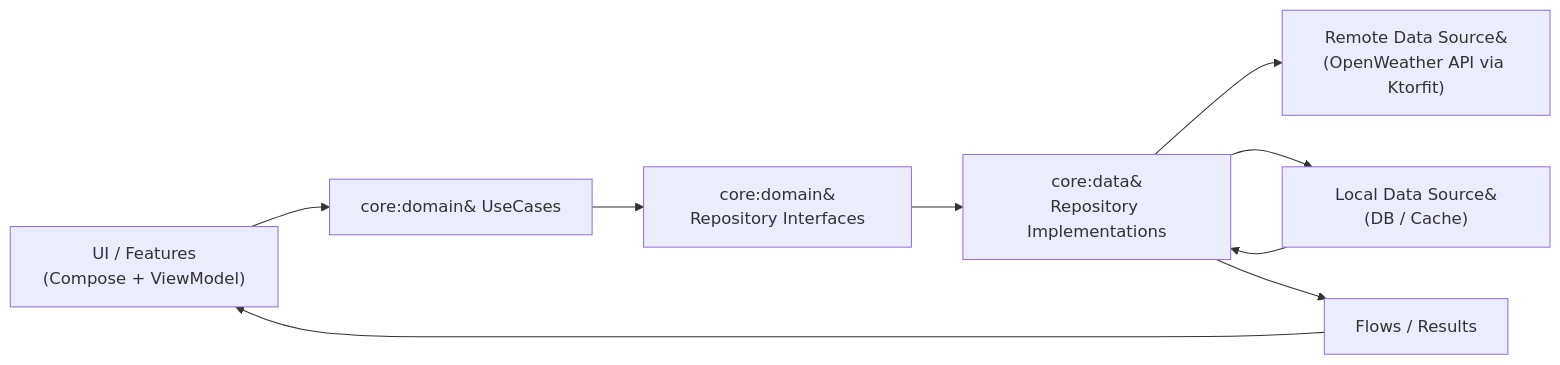
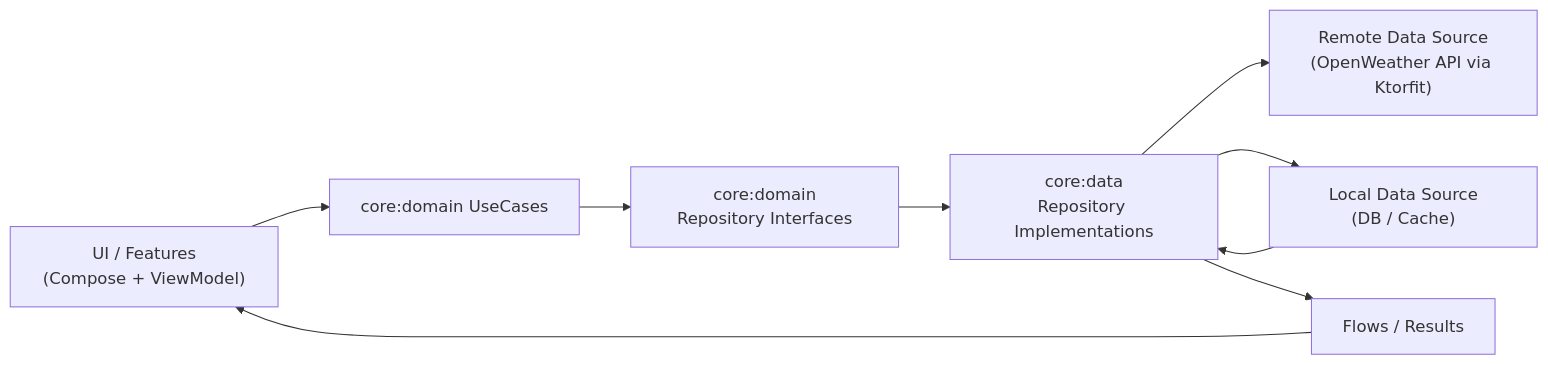
The second of 2 diagrams in README.md (pdepizarro/AppDemo), drawn with Mermaid before and after one commit.

Commit message:
Update README to improve mermaid diagram formatting and enhance clarity

````diff
--- a/README.md
+++ b/README.md
@@ -88,16 +88,16 @@
 ``` mermaid
 %%{init: {'flowchart': {'htmlLabels': false}}}%%
 flowchart LR
-    UI["UI / Features#10;(Compose + ViewModel)"] --> UseCases["core:domain&#10;UseCases"]
-    UseCases --> RepoInterface["core:domain&#10;Repository Interfaces"]
+    UI["UI / Features#10;(Compose + ViewModel)"] --> UseCases["core:domain#10;UseCases"]
+    UseCases --> RepoInterface["core:domain#10;Repository Interfaces"]
     
-    RepoInterface --> RepoImpl["core:data&#10;Repository Implementations"]
-    RepoImpl --> RemoteDS["Remote Data Source&#10;(OpenWeather API via Ktorfit)"]
-    RepoImpl --> LocalDS["Local Data Source&#10;(DB / Cache)"]
+    RepoInterface --> RepoImpl["core:data#10;Repository Implementations"]
+    RepoImpl --> RemoteDS["Remote Data Source#10;(OpenWeather API via Ktorfit)"]
+    RepoImpl --> LocalDS["Local Data Source#10;(DB / Cache)"]
 
     LocalDS --> RepoImpl
     RepoImpl --> FlowBack["Flows / Results"]
     FlowBack --> UI
 
 
 ```
````
